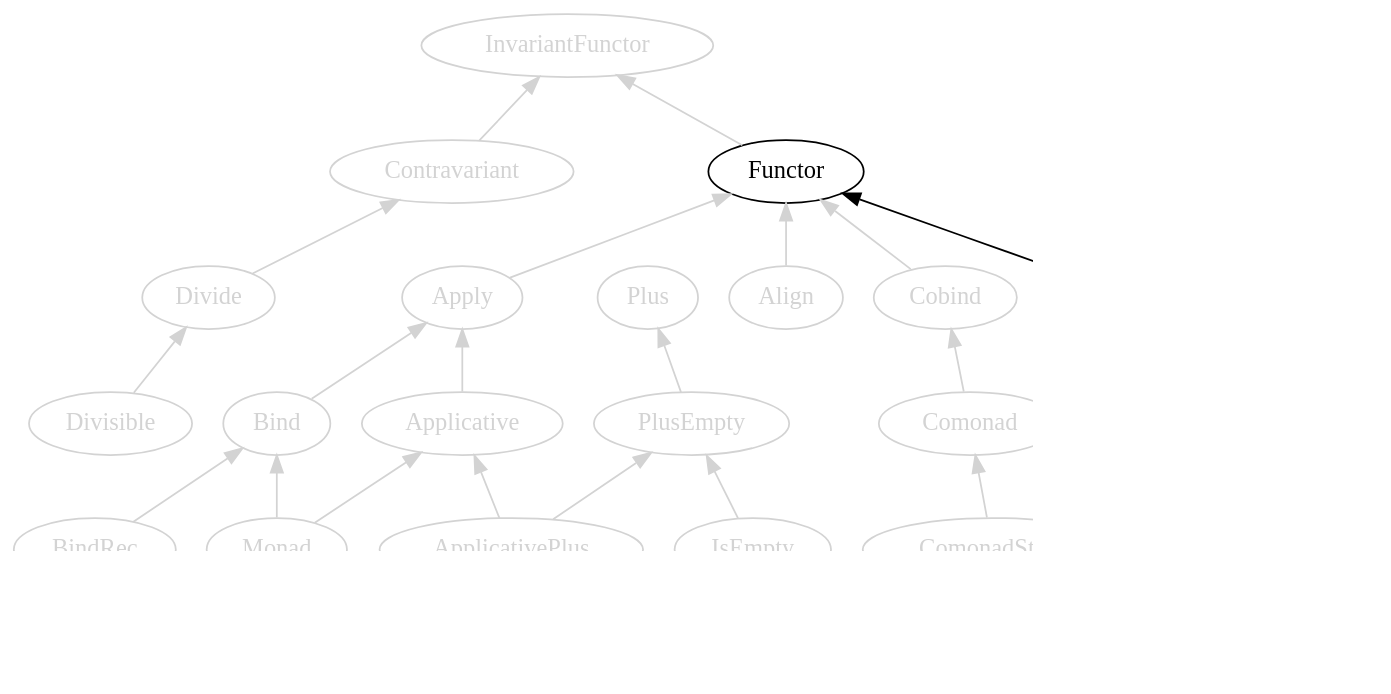
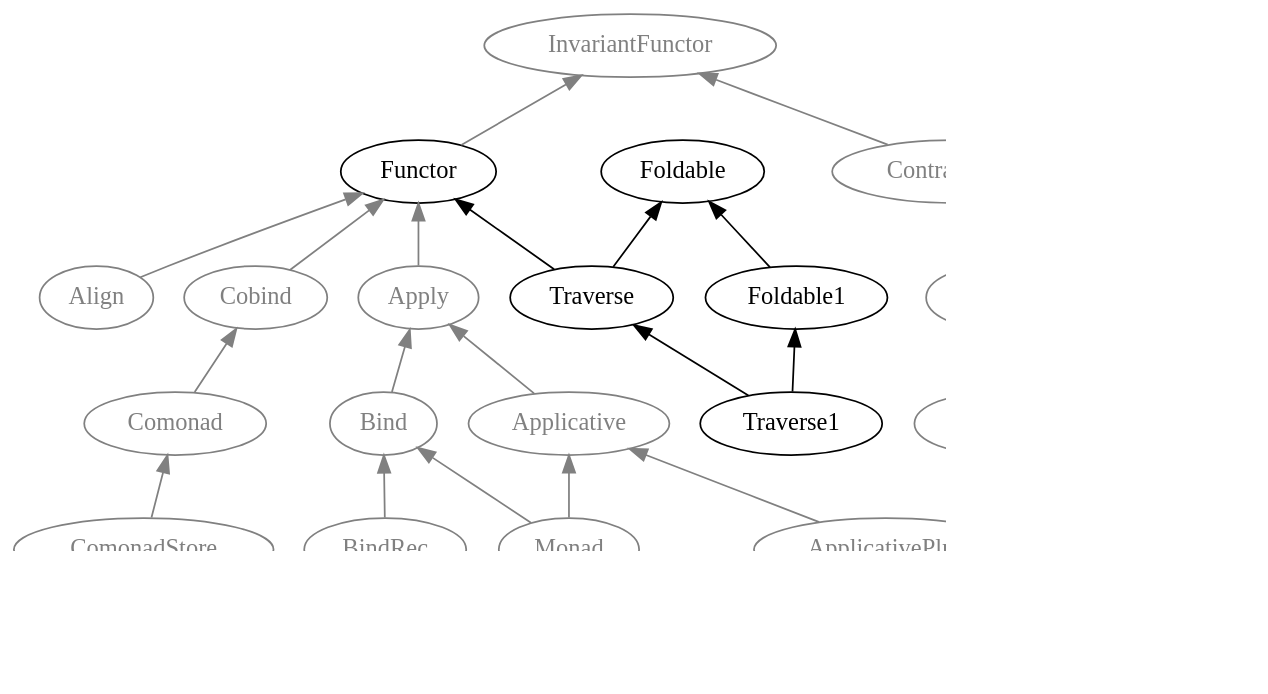
One commit to fommil/fpmortals changed the seventh of 10 diagrams in manuscript/book.org. Above: the diagram before and after it, drawn with Graphviz. The commit also changed other lines of this file and 7 other files, not shown here.

Commit message:
improve the diagrams

```diff
--- a/manuscript/book.org
+++ b/manuscript/book.org
@@ -3468,47 +3471,57 @@
 #+BEGIN_SRC dot :file images/scalaz-mappable.png :exports results
 digraph G {
     graph [dpi=100, rankdir=BT];
     node [fontname=Hack];
 
-    subgraph mappable {
-      Foldable1 -> Foldable;
-      Traverse -> Functor;
-      Traverse -> Foldable;
-      Traverse1 -> Traverse;
-      Traverse1 -> Foldable1;
-    }
+    subgraph {
+      node [fontcolor=grey,color=grey];
+      edge [color=grey];
 
-    subgraph {
-      node [fontcolor=lightgrey,color=lightgrey];
-      edge [color=lightgrey];
+      Bind -> Apply;
+      BindRec -> Bind;
 
+      Contravariant -> InvariantFunctor;
+      Functor [fontcolor=black,color=black];
       Functor -> InvariantFunctor;
+
+      Divide -> Contravariant;
+      Divisible -> Divide;
       Apply -> Functor;
       Applicative -> Apply;
-      Align -> Functor;
-      Bind -> Apply;
+
+      Foldable1 [fontcolor=black,color=black];
+      Foldable [fontcolor=black,color=black];
+      Traverse [fontcolor=black,color=black];
+      Traverse1 [fontcolor=black,color=black];
+
+      Monad -> Applicative;
 
       "Advanced Monads" [style=dashed];
       "Advanced Monads" -> Monad;
 
-      Monad -> Applicative;
       Monad -> Bind;
 
-      Contravariant -> InvariantFunctor;
-      Divide -> Contravariant;
-      Divisible -> Divide;
       Cobind -> Functor;
       Comonad -> Cobind;
 
       PlusEmpty -> Plus;
       IsEmpty -> PlusEmpty;
 
       ApplicativePlus -> Applicative;
       ApplicativePlus -> PlusEmpty;
 
       ComonadStore -> Comonad;
 
-      BindRec -> Bind;
+      Align -> Functor;
     }
+
+    subgraph mappable {
+      Foldable1 -> Foldable;
+      Traverse -> Functor;
+      Traverse -> Foldable;
+      Traverse1 -> Traverse;
+      Traverse1 -> Foldable1;
+    }
+
 }
 #+END_SRC
```
